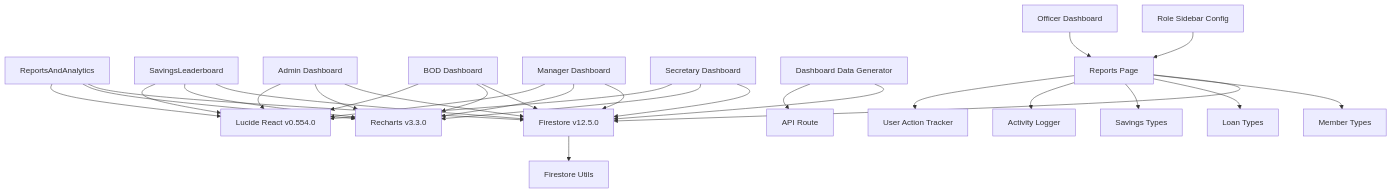
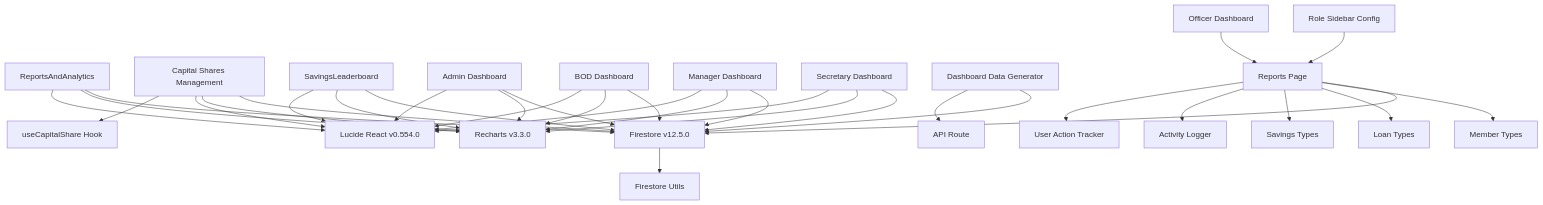
Before and after one commit to Unsure-bry/sampacoop_system: diagram 12 of 12 in .qoder/repowiki/en/content/Project Overview/Core Features & Functionality/Reporting & Analytics.md, drawn with Mermaid. The commit also changed other lines of this file and 5 other files, not shown here.

````diff
--- a/.qoder/repowiki/en/content/Project Overview/Core Features & Functionality/Reporting & Analytics.md
+++ b/.qoder/repowiki/en/content/Project Overview/Core Features & Functionality/Reporting & Analytics.md
@@ -624,32 +811,36 @@
 ```mermaid
 graph TB
 RNA["ReportsAndAnalytics"] --> FS["Firestore v12.5.0"]
 RNA --> RC["Recharts v3.3.0"]
 RNA --> LR["Lucide React v0.554.0"]
+CAP["Capital Shares Management"] --> FS
+CAP --> RC
+CAP --> LR
+CAP --> UCSC["useCapitalShare Hook"]
 SLB["SavingsLeaderboard"] --> FS
 SLB --> RC
 SLB --> LR
 AD["Admin Dashboard"] --> FS
 AD --> RC
 AD --> LR
 BOD["BOD Dashboard"] --> FS
 BOD --> RC
 BOD --> LR
 MAN["Manager Dashboard"] --> FS
 MAN --> RC
 MAN --> LR
 SEC["Secretary Dashboard"] --> FS
 SEC --> RC
 SEC --> LR
 DDP["Dashboard Data Generator"] --> FS
 DDP --> API["API Route"]
 RP["Reports Page"] --> FS
 RP --> MT["Member Types"]
 RP --> LT["Loan Types"]
 RP --> ST["Savings Types"]
 RP --> AL["Activity Logger"]
 RP --> UAT["User Action Tracker"]
 SC["Role Sidebar Config"] --> RP
 OD["Officer Dashboard"] --> RP
 FS --> FSC["Firestore Utils"]
 ```
````
